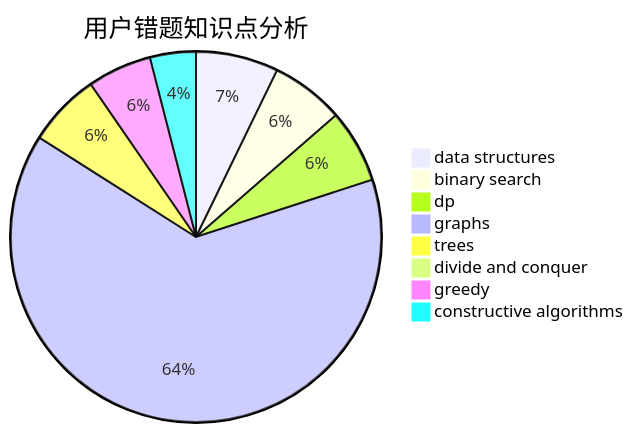
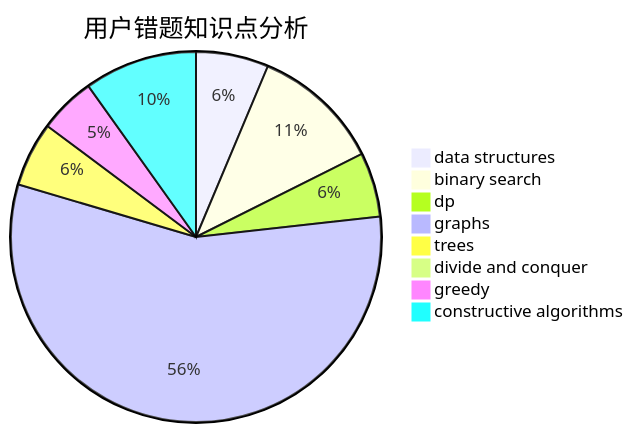
One commit to sherpahu/cfrs.github.io changed the third of 3 diagrams in docs/user/u2607.md. Above: the diagram before and after it, drawn with Mermaid. The commit also changed other lines of this file and 2770 other files, not shown here.

````diff
--- a/docs/user/u2607.md
+++ b/docs/user/u2607.md
@@ -36,11 +36,11 @@
 ```mermaid
 pie title 用户错题知识点分析
     "data structures" :  9
-    "binary search" :  8
+    "binary search" :  16
     "dp" :  8
     "graphs" :  80
     "trees" :  8
     "divide and conquer" :  0
     "greedy" :  7
-    "constructive algorithms" :  5
+    "constructive algorithms" :  14
 ```
````
